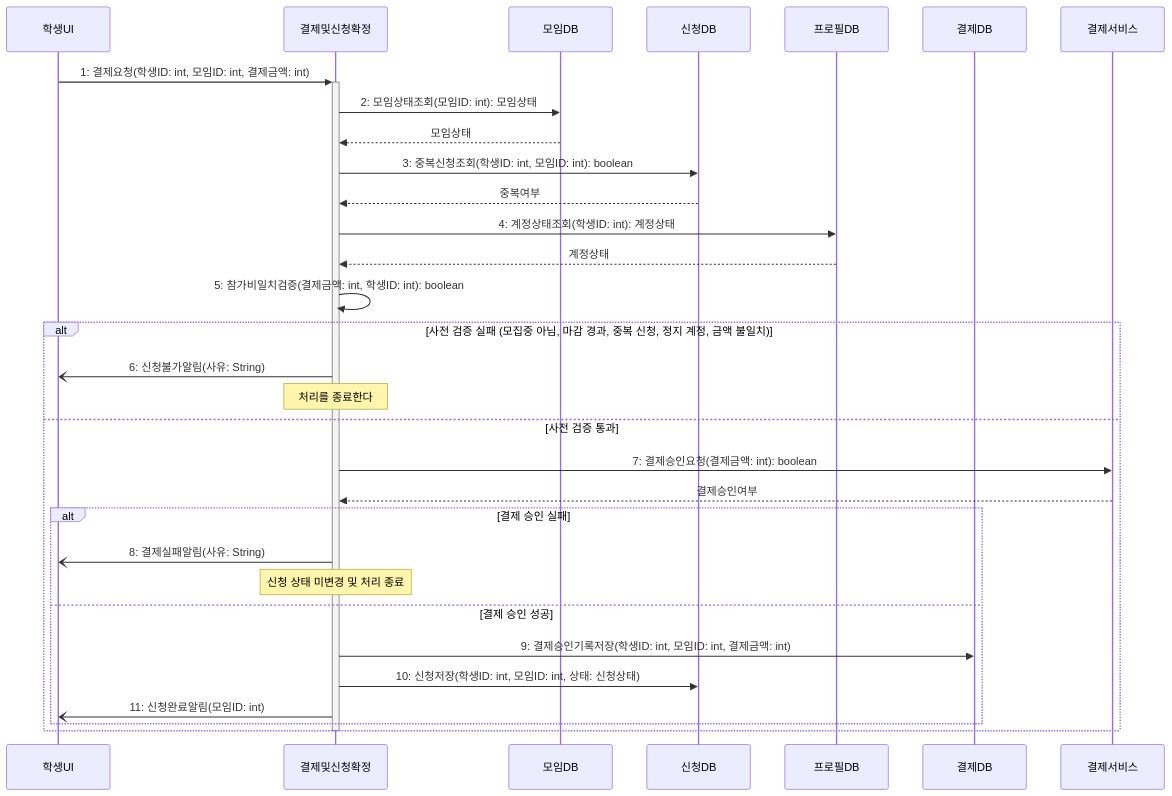
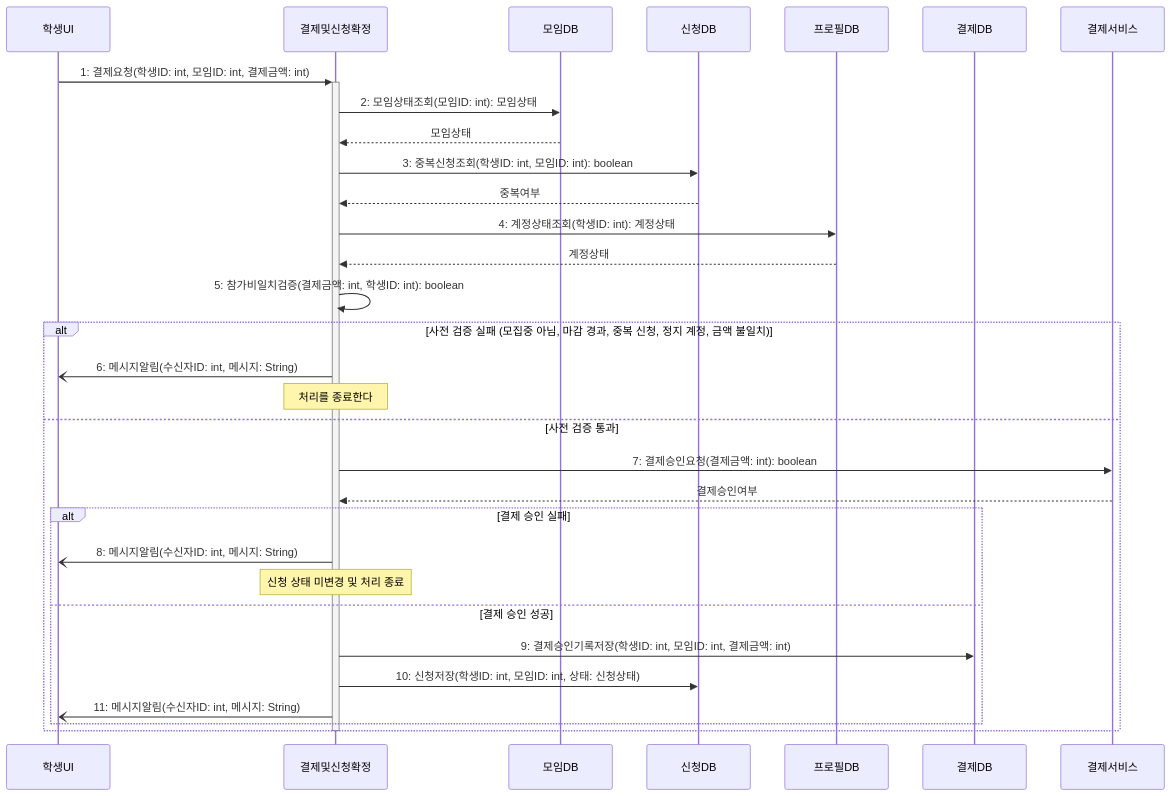
The diagram in sequence/seq-02-2.md (hojae3/sw-engineering-16), drawn with Mermaid before and after one commit. The commit also changed other lines of this file and 19 other files, not shown here.

````diff
--- a/sequence/seq-02-2.md
+++ b/sequence/seq-02-2.md
@@ -26,37 +26,37 @@
 ```mermaid
 sequenceDiagram
     participant 학생UI as 학생UI
     participant 결제 as 결제및신청확정
     participant 모임DB as 모임DB
     participant 신청DB as 신청DB
     participant 프로필DB as 프로필DB
     participant 결제DB as 결제DB
     participant 결제서비스 as 결제서비스
 
     학생UI->>+결제: 1: 결제요청(학생ID: int, 모임ID: int, 결제금액: int)
     결제->>모임DB: 2: 모임상태조회(모임ID: int): 모임상태
     모임DB-->>결제: 모임상태
     결제->>신청DB: 3: 중복신청조회(학생ID: int, 모임ID: int): boolean
     신청DB-->>결제: 중복여부
     결제->>프로필DB: 4: 계정상태조회(학생ID: int): 계정상태
     프로필DB-->>결제: 계정상태
     결제->>결제: 5: 참가비일치검증(결제금액: int, 학생ID: int): boolean
 
     alt 사전 검증 실패 (모집중 아님, 마감 경과, 중복 신청, 정지 계정, 금액 불일치)
-        결제-)학생UI: 6: 신청불가알림(사유: String)
+        결제-)학생UI: 6: 메시지알림(수신자ID: int, 메시지: String)
         Note over 결제: 처리를 종료한다
     else 사전 검증 통과
         결제->>결제서비스: 7: 결제승인요청(결제금액: int): boolean
         결제서비스-->>결제: 결제승인여부
 
         alt 결제 승인 실패
-            결제-)학생UI: 8: 결제실패알림(사유: String)
+            결제-)학생UI: 8: 메시지알림(수신자ID: int, 메시지: String)
             Note over 결제: 신청 상태 미변경 및 처리 종료
         else 결제 승인 성공
             결제->>결제DB: 9: 결제승인기록저장(학생ID: int, 모임ID: int, 결제금액: int)
             결제->>신청DB: 10: 신청저장(학생ID: int, 모임ID: int, 상태: 신청상태)
-            결제-)학생UI: 11: 신청완료알림(모임ID: int)
+            결제-)학생UI: 11: 메시지알림(수신자ID: int, 메시지: String)
         end
     end
     deactivate 결제
 ```
````
